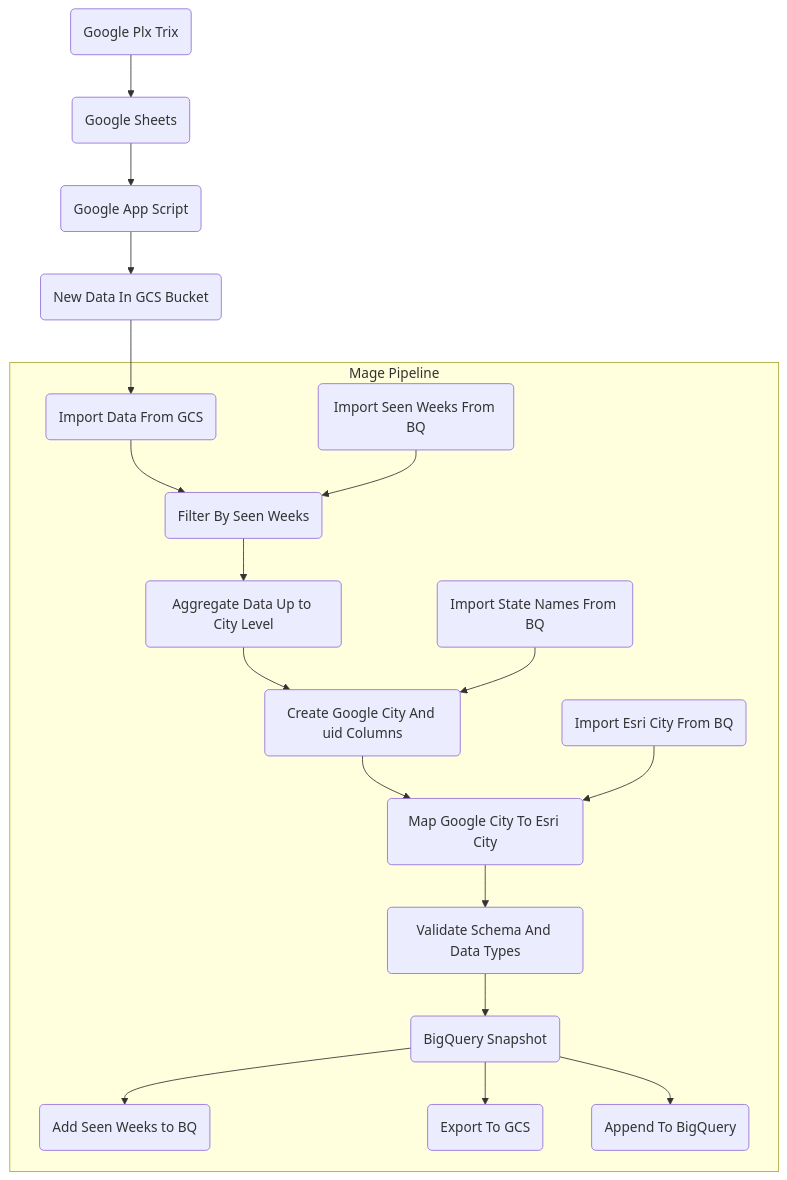
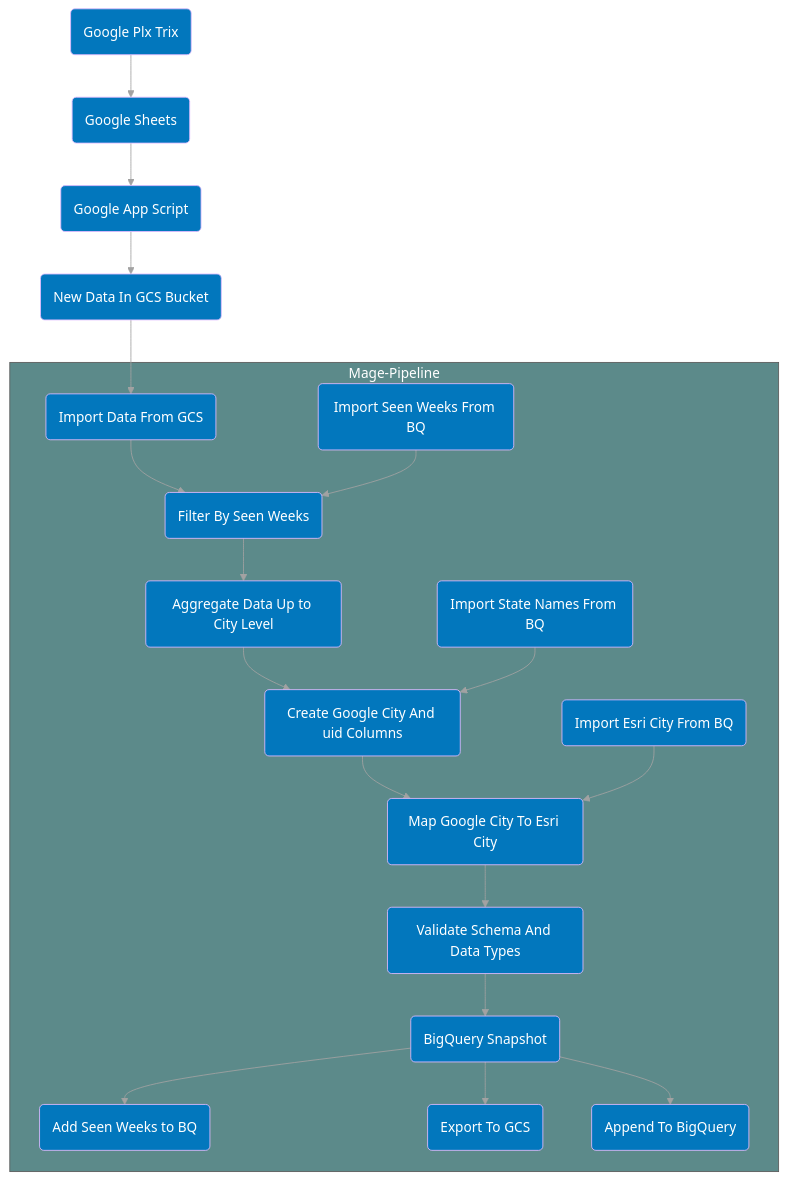
One commit to CarrierOps/1P-Wiki changed the diagram in documentation/pipelines/ca_activations.md. Above: the diagram before and after it, drawn with Mermaid. The commit also changed 7 other files, not shown here.

````diff
--- a/documentation/pipelines/ca_activations.md
+++ b/documentation/pipelines/ca_activations.md
@@ -11,40 +11,55 @@
 ```mermaid
 flowchart TD
+%%{
+  init: {
+    'theme': 'base',
+    'themeVariables': {
+      'primaryColor': '#0277bd',
+      'primaryTextColor': '#ffffff',
+      'primaryBorderColor': '#e0bbff',
+      'lineColor': '#a2a2a2',
+      'secondaryColor': '#3f51b5',
+      'tertiaryColor': '#5c8a8a',
+      'tertiaryTextColor': '#ffffff'
+    }
+  }
+}%%
+
 id0(Google Plx Trix)
 id00(Google Sheets)
 id000(Google App Script)
 id0000(New Data In GCS Bucket)
 id0-->id00
 id00 --> id000
 id000 --> id0000
 id0000 -->id1
 
-subgraph Mage Pipeline
+subgraph Mage-Pipeline
 id1(Import Data From GCS)
 id2(Import State Names From BQ)
 id3(Import Seen Weeks From BQ)
 id4(Import Esri City From BQ)
 id5(Filter By Seen Weeks)
 id1 --> id5
 id3 --> id5
 id6(Aggregate Data Up to City Level)
 id5 --> id6
 id7(Create Google City And uid Columns)
 id6 --> id7
 id2 --> id7
 id8(Map Google City To Esri City)
 id7 --> id8
 id4 --> id8
 id9(Validate Schema And Data Types)
 id8 --> id9
 id10(BigQuery Snapshot)
 id9 --> id10
 id11(Add Seen Weeks to BQ)
 id10 --> id11
 id12(Export To GCS)
 id13(Append To BigQuery)
 id10 --> id12
 id10 -->id13
 end
 
 ```
````
